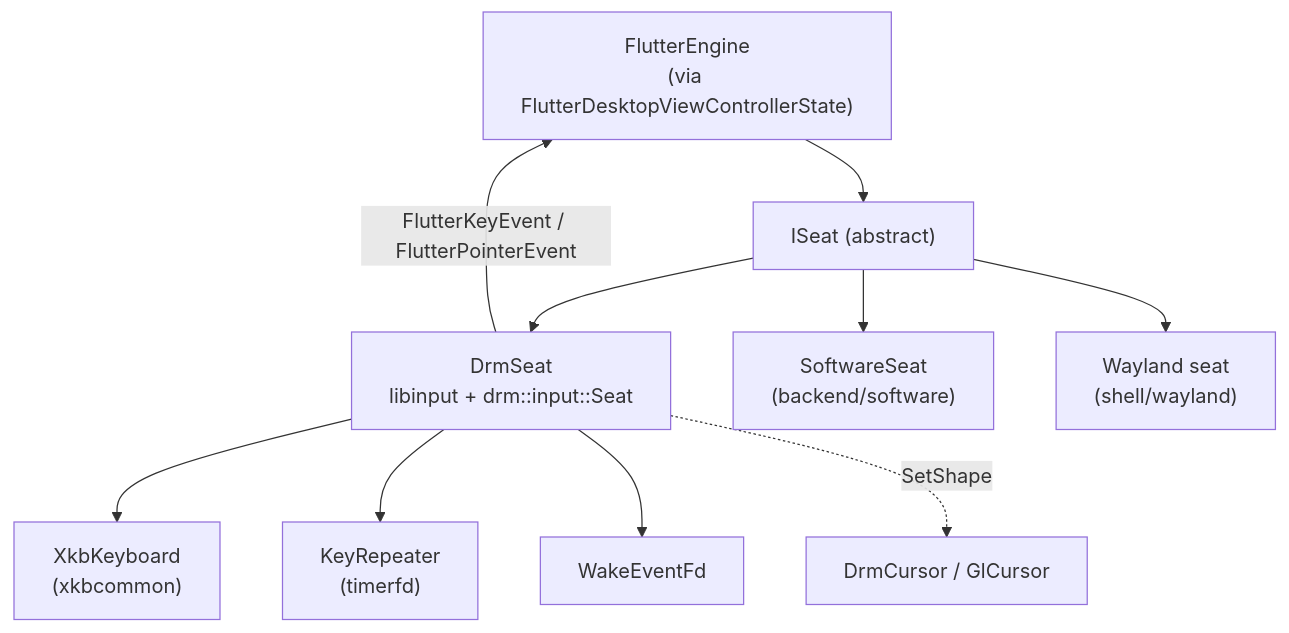
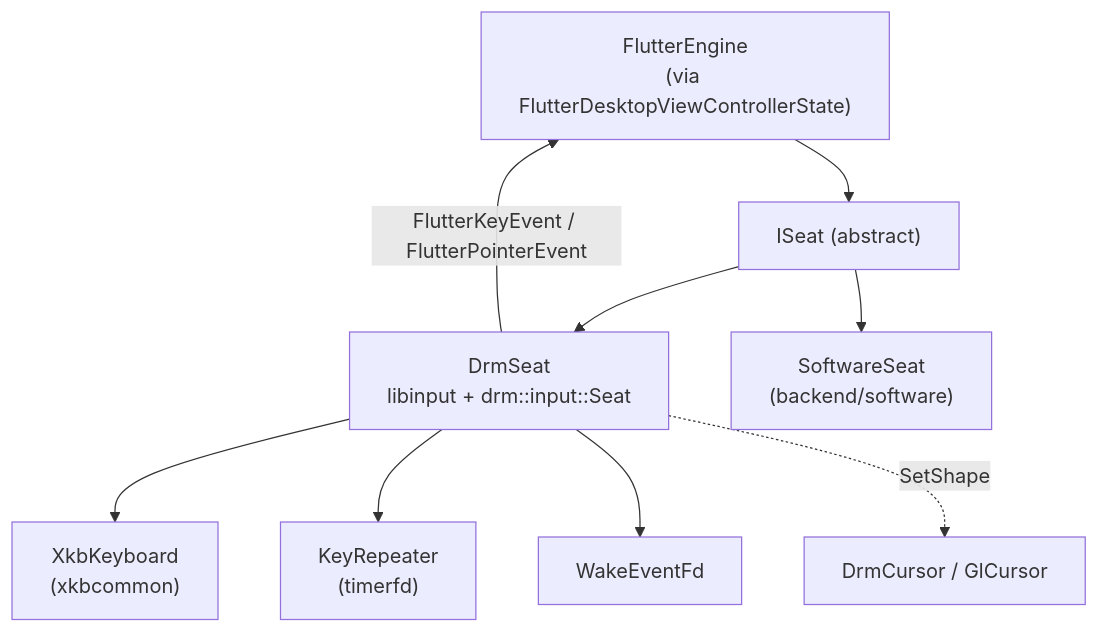
Before and after one commit to toyota-connected/ivi-homescreen: the diagram in shell/input/README.md, drawn with Mermaid. The commit also changed other lines of this file and 2 other files, not shown here.

````diff
--- a/shell/input/README.md
+++ b/shell/input/README.md
@@ -36,16 +39,15 @@
 ```mermaid
 flowchart TD
     FE["FlutterEngine<br/>(via FlutterDesktopViewControllerState)"]
     FE --> IS["ISeat (abstract)"]
 
     IS --> DS["DrmSeat<br/>libinput + drm::input::Seat"]
     IS --> SS["SoftwareSeat<br/>(backend/software)"]
-    IS --> WS["Wayland seat<br/>(shell/wayland)"]
 
     DS --> KB["XkbKeyboard<br/>(xkbcommon)"]
     DS --> KR["KeyRepeater<br/>(timerfd)"]
     DS --> WE["WakeEventFd"]
 
     DS -->|FlutterKeyEvent / FlutterPointerEvent| FE
     DS -.->|SetShape| CUR["DrmCursor / GlCursor"]
 ```
````
